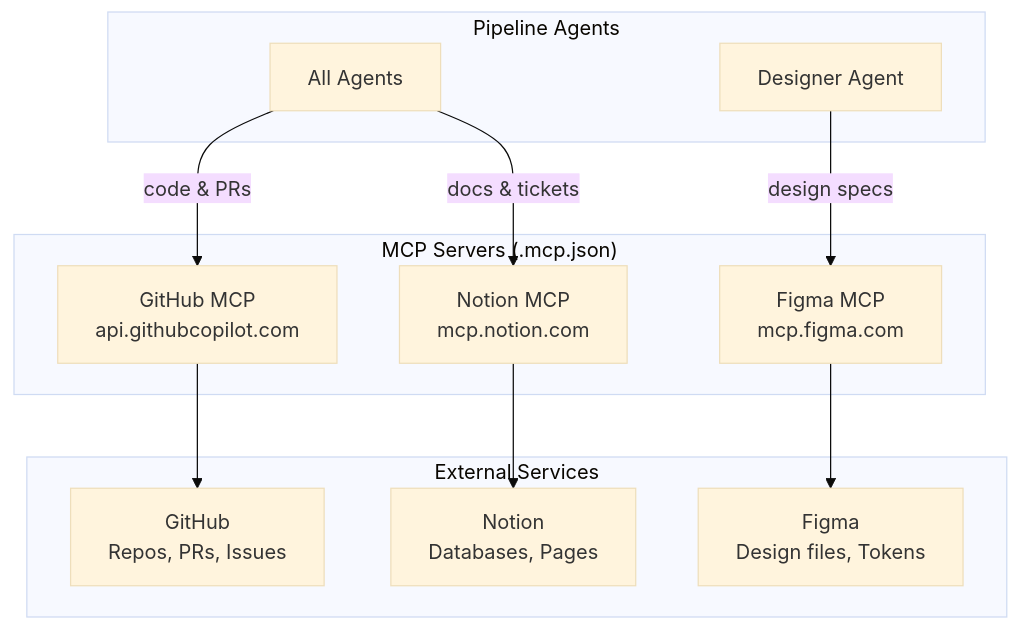
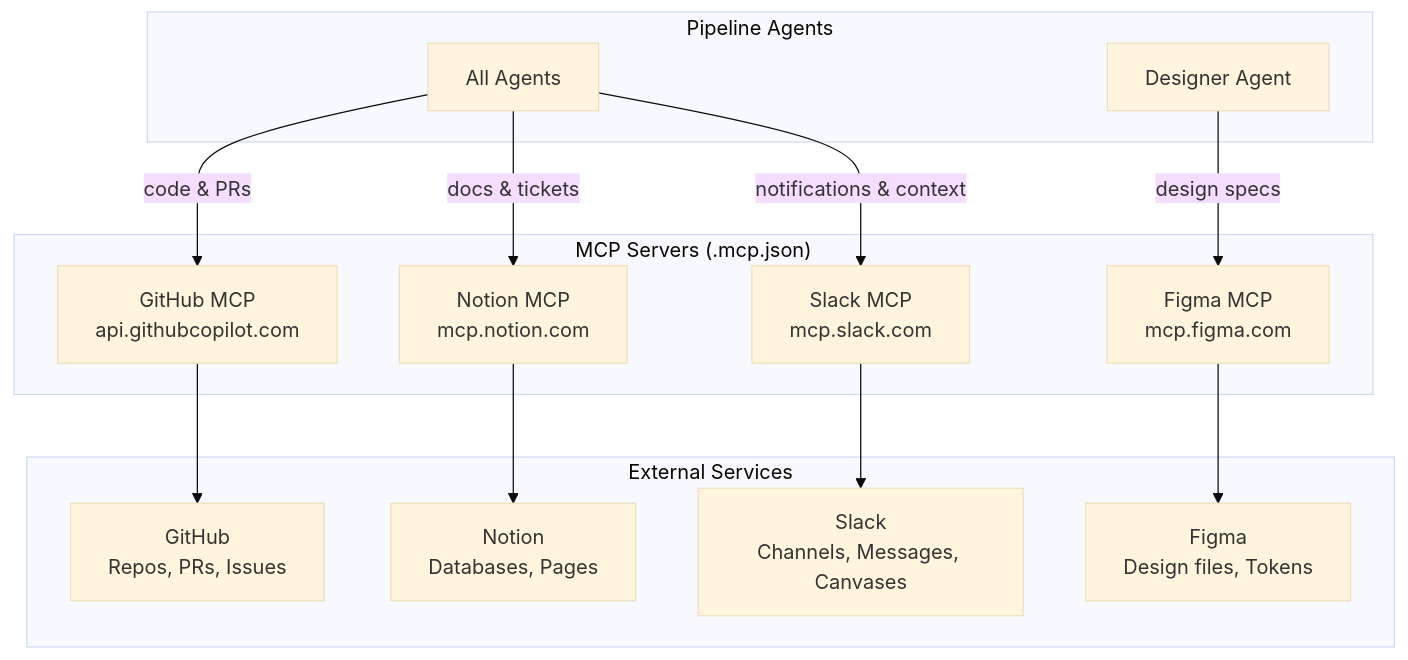
The diagram in docs/mcp-integrations.md (delehner/coding-agents), drawn with Mermaid (base theme) before and after one commit. The commit also changed other lines of this file and 29 other files, not shown here.

````diff
--- a/docs/mcp-integrations.md
+++ b/docs/mcp-integrations.md
@@ -7,23 +7,26 @@
 ```mermaid
 flowchart TD
     subgraph Agents["Pipeline Agents"]
         All[All Agents]
         Designer[Designer Agent]
     end
 
     subgraph MCP["MCP Servers (.mcp.json)"]
         GH["GitHub MCP\napi.githubcopilot.com"]
         Notion["Notion MCP\nmcp.notion.com"]
         Figma["Figma MCP\nmcp.figma.com"]
+        Slack["Slack MCP\nmcp.slack.com"]
     end
 
     subgraph Services["External Services"]
         GHSvc["GitHub\nRepos, PRs, Issues"]
         NotionSvc["Notion\nDatabases, Pages"]
         FigmaSvc["Figma\nDesign files, Tokens"]
+        SlackSvc["Slack\nChannels, Messages, Canvases"]
     end
 
     All -->|code & PRs| GH --> GHSvc
     All -->|docs & tickets| Notion --> NotionSvc
     Designer -->|design specs| Figma --> FigmaSvc
+    All -->|notifications & context| Slack --> SlackSvc
 ```
````
